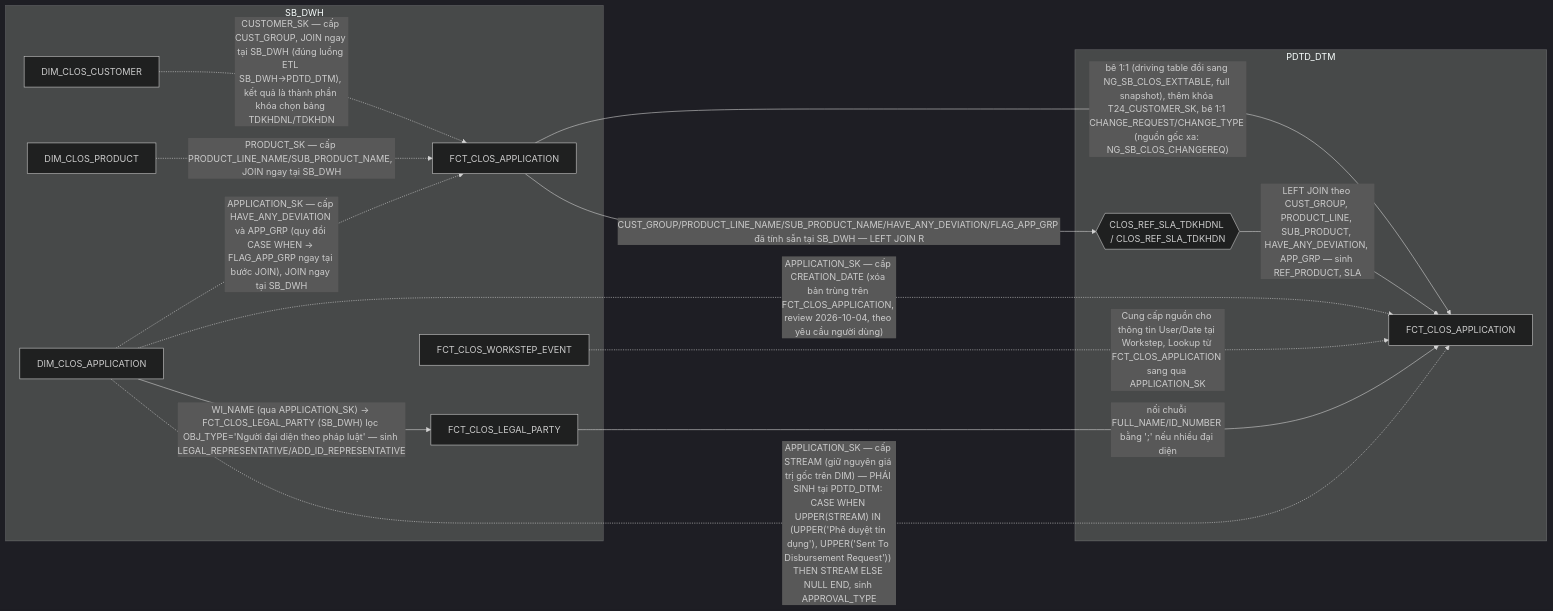
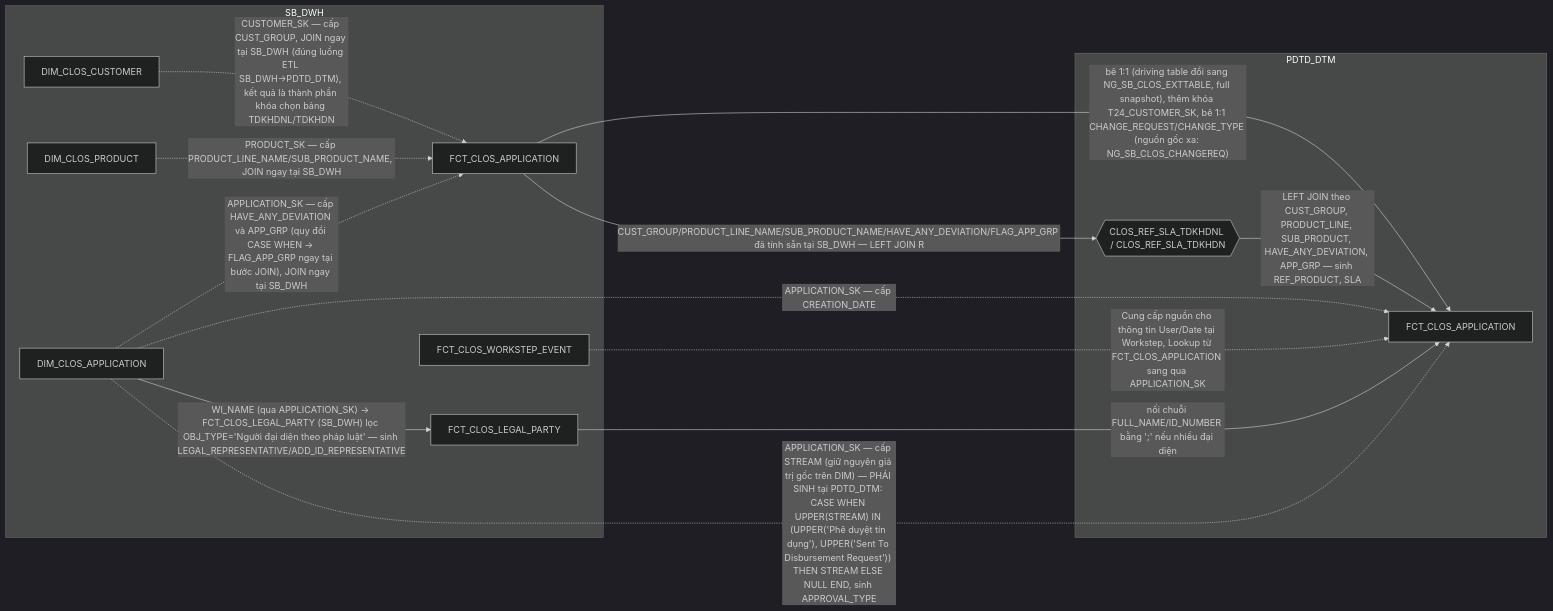
One commit to chien1198/sb-mapping-gen changed the fourth of 19 diagrams in hld/hld_review/HLD_FCT_PDTD_DTM_review.md. Above: the diagram before and after it, drawn with Mermaid (dark theme). The commit also changed other lines of this file and 9 other files, not shown here.

````diff
--- a/hld/hld_review/HLD_FCT_PDTD_DTM_review.md
+++ b/hld/hld_review/HLD_FCT_PDTD_DTM_review.md
@@ -192,26 +232,26 @@
 ```mermaid
 flowchart LR
     subgraph SB_DWH
         C["FCT_CLOS_APPLICATION"]
         SK["DIM_CLOS_CUSTOMER"]
         SH["DIM_CLOS_PRODUCT"]
         SCA["DIM_CLOS_APPLICATION"]
         SLP["FCT_CLOS_LEGAL_PARTY"]
         WE["FCT_CLOS_WORKSTEP_EVENT"]
     end
     subgraph PDTD_DTM
         R{{"CLOS_REF_SLA_TDKHDNL / CLOS_REF_SLA_TDKHDN"}}
         D["FCT_CLOS_APPLICATION"]
     end
     C -->|"bê 1:1 (driving table đổi sang NG_SB_CLOS_EXTTABLE, full snapshot), thêm khóa T24_CUSTOMER_SK, bê 1:1 CHANGE_REQUEST/CHANGE_TYPE (nguồn gốc xa: NG_SB_CLOS_CHANGEREQ)"| D
     SK -.->|"CUSTOMER_SK — cấp CUST_GROUP, JOIN ngay tại SB_DWH (đúng luồng ETL SB_DWH→PDTD_DTM), kết quả là thành phần khóa chọn bảng TDKHDNL/TDKHDN"| C
     SH -.->|"PRODUCT_SK — cấp PRODUCT_LINE_NAME/SUB_PRODUCT_NAME, JOIN ngay tại SB_DWH"| C
     SCA -.->|"APPLICATION_SK — cấp HAVE_ANY_DEVIATION và APP_GRP (quy đổi CASE WHEN → FLAG_APP_GRP ngay tại bước JOIN), JOIN ngay tại SB_DWH"| C
-    SCA -.->|"APPLICATION_SK — cấp CREATION_DATE (xóa bản trùng trên FCT_CLOS_APPLICATION, review 2026-10-04, theo yêu cầu người dùng)"| D
+    SCA -.->|"APPLICATION_SK — cấp CREATION_DATE"| D
     C -->|"CUST_GROUP/PRODUCT_LINE_NAME/SUB_PRODUCT_NAME/HAVE_ANY_DEVIATION/FLAG_APP_GRP đã tính sẵn tại SB_DWH — LEFT JOIN R"| R
     R -->|"LEFT JOIN theo CUST_GROUP, PRODUCT_LINE, SUB_PRODUCT, HAVE_ANY_DEVIATION, APP_GRP — sinh REF_PRODUCT, SLA"| D
     SCA -->|"WI_NAME (qua APPLICATION_SK) → FCT_CLOS_LEGAL_PARTY (SB_DWH) lọc OBJ_TYPE='Người đại diện theo pháp luật' — sinh LEGAL_REPRESENTATIVE/ADD_ID_REPRESENTATIVE"| SLP
     SLP -->|"nối chuỗi FULL_NAME/ID_NUMBER bằng ';' nếu nhiều đại diện"| D
     SCA -.->|"APPLICATION_SK — cấp STREAM (giữ nguyên giá trị gốc trên DIM) — PHÁI SINH tại PDTD_DTM: CASE WHEN UPPER(STREAM) IN (UPPER('Phê duyệt tín dụng'), UPPER('Sent To Disbursement Request')) THEN STREAM ELSE NULL END, sinh APPROVAL_TYPE"| D
     WE -.->|"Cung cấp nguồn cho thông tin User/Date tại Workstep, Lookup từ FCT_CLOS_APPLICATION sang qua APPLICATION_SK"| D
 ```
````
